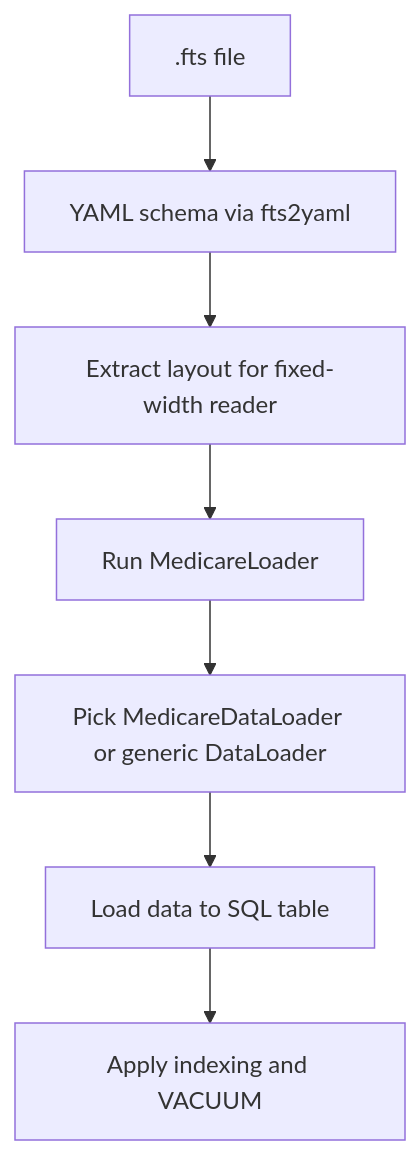
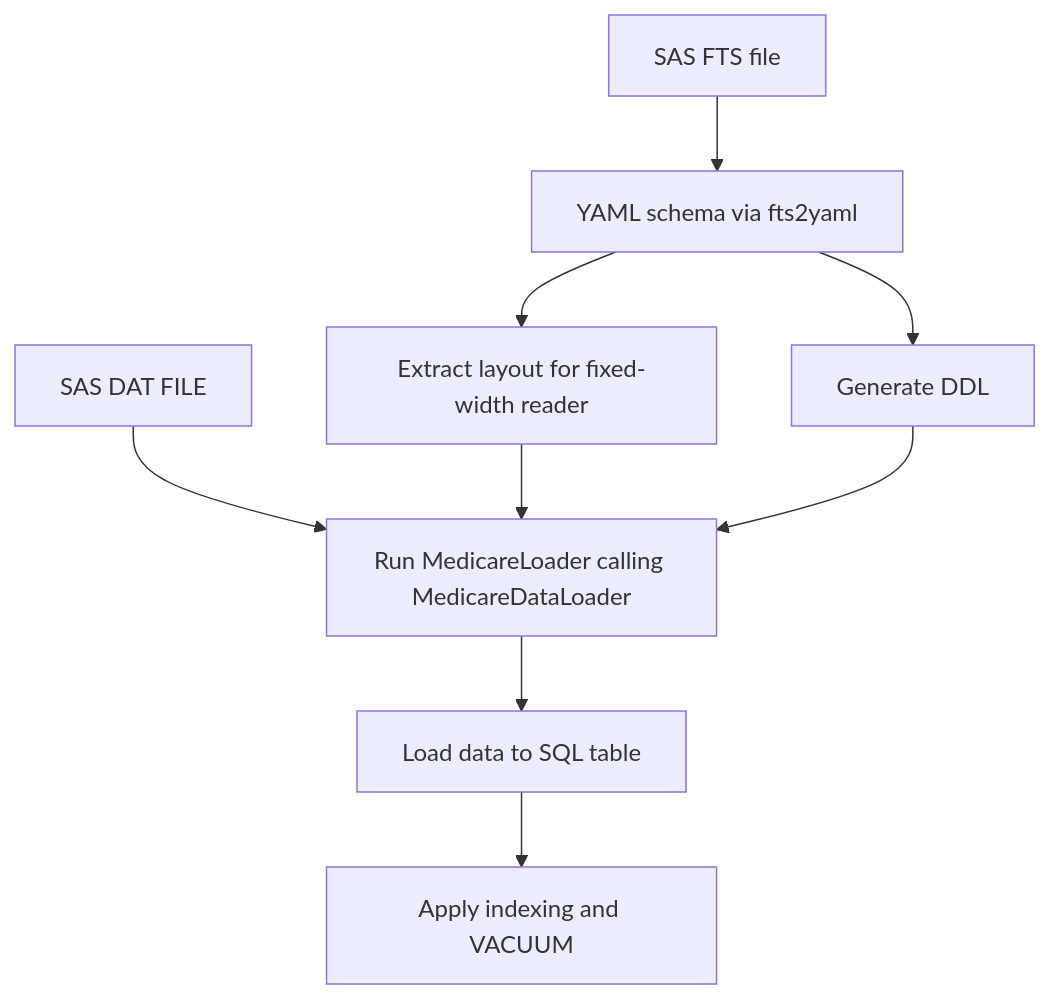
One commit to ForomePlatform/dorieh changed the second of 2 diagrams in doc/Medicare.md. Above: the diagram before and after it, drawn with Mermaid. The commit also changed other lines of this file and 3 other files, not shown here.

Commit message:
MAB   Improving documentation for handling Medicare data for years prior to 2010 (SAS 7BDAT files)

````diff
--- a/doc/Medicare.md
+++ b/doc/Medicare.md
@@ -283,9 +284,11 @@
 ```{mermaid}
 graph TD;
-    A[.fts file] --> B[YAML schema via fts2yaml]
+    A[SAS FTS file] --> B[YAML schema via fts2yaml]
     B --> C[Extract layout for fixed-width reader]
-    C --> D[Run MedicareLoader]
-    D --> E[Pick MedicareDataLoader or generic DataLoader]
-    E --> F[Load data to SQL table]
+    B --> E[Generate DDL]
+    S[SAS DAT FILE] --> D 
+    C --> D[Run MedicareLoader calling MedicareDataLoader]
+    E --> D
+    D --> F[Load data to SQL table]
     F --> G[Apply indexing and VACUUM]
 ```
````
